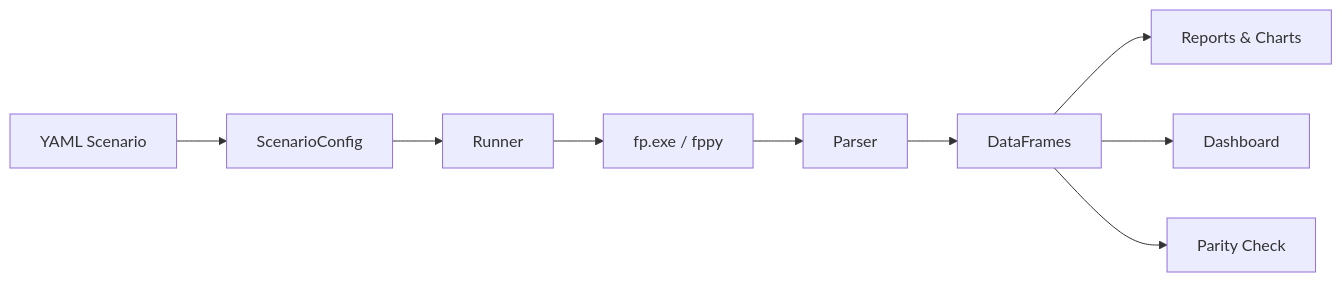
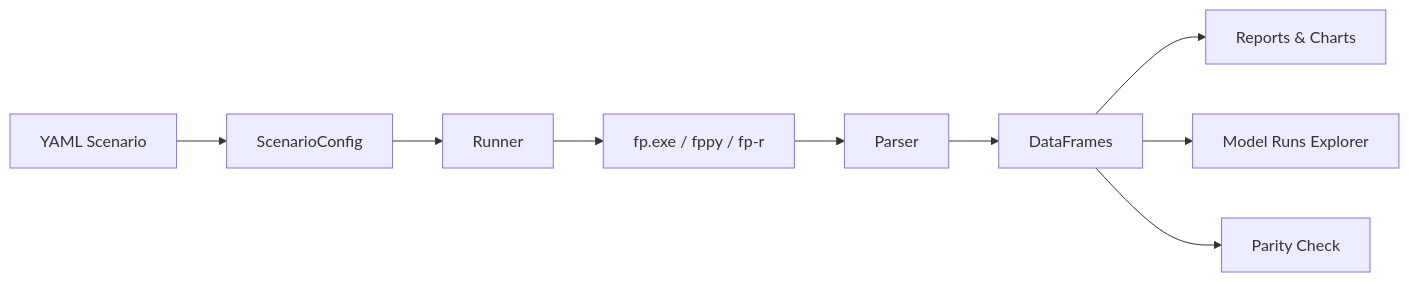
Before and after one commit to smkwray/fp-wraptr: the diagram in docs/index.md, drawn with Mermaid. The commit also changed other lines of this file and 244 other files, not shown here.

````diff
--- a/docs/index.md
+++ b/docs/index.md
@@ -54,11 +54,11 @@
 ```mermaid
 graph LR
     A[YAML Scenario] --> B[ScenarioConfig]
     B --> C[Runner]
-    C --> D[fp.exe / fppy]
+    C --> D[fp.exe / fppy / fp-r]
     D --> E[Parser]
     E --> F[DataFrames]
     F --> G[Reports & Charts]
-    F --> H[Dashboard]
+    F --> H[Model Runs Explorer]
     F --> I[Parity Check]
 ```
````
